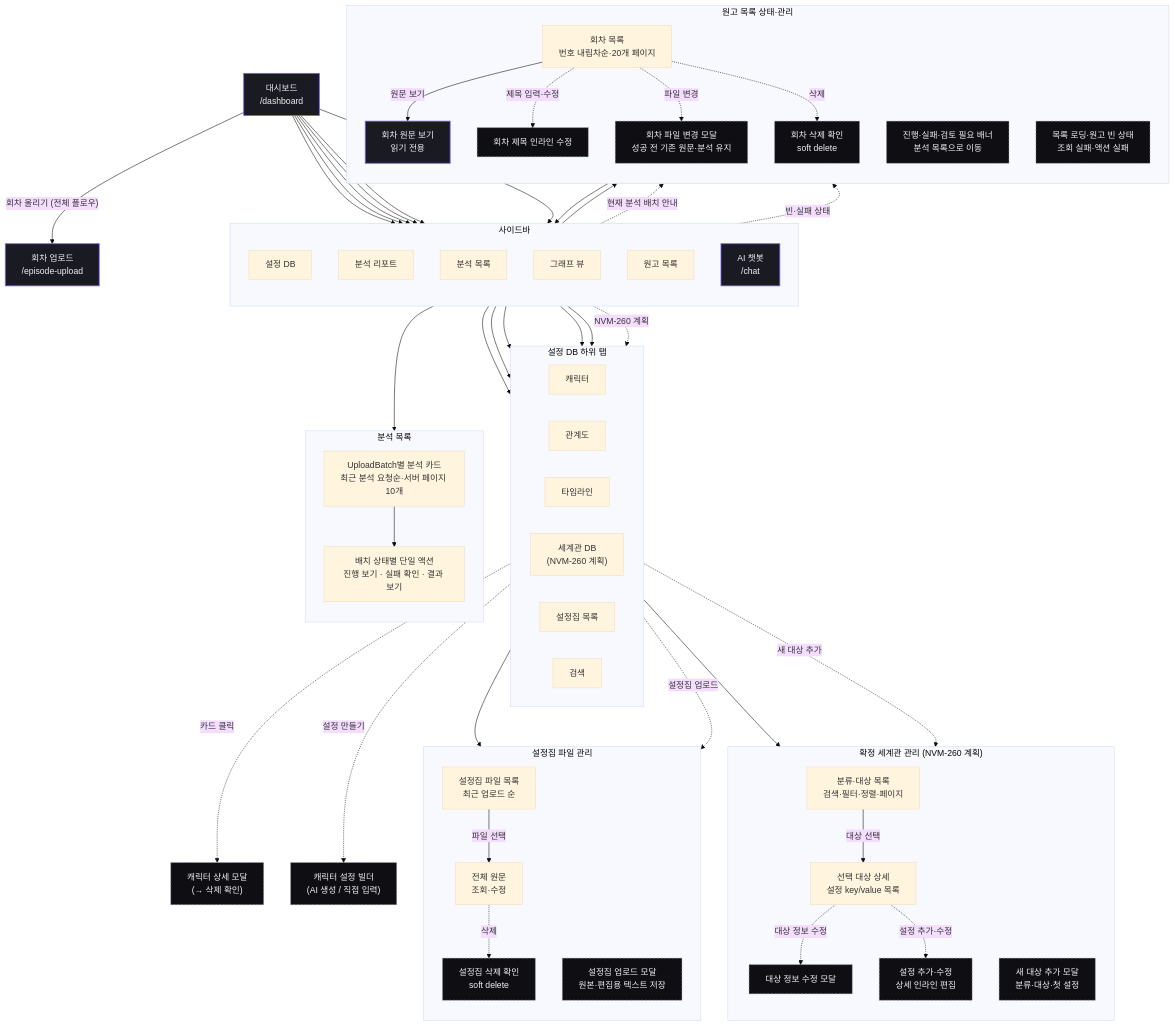
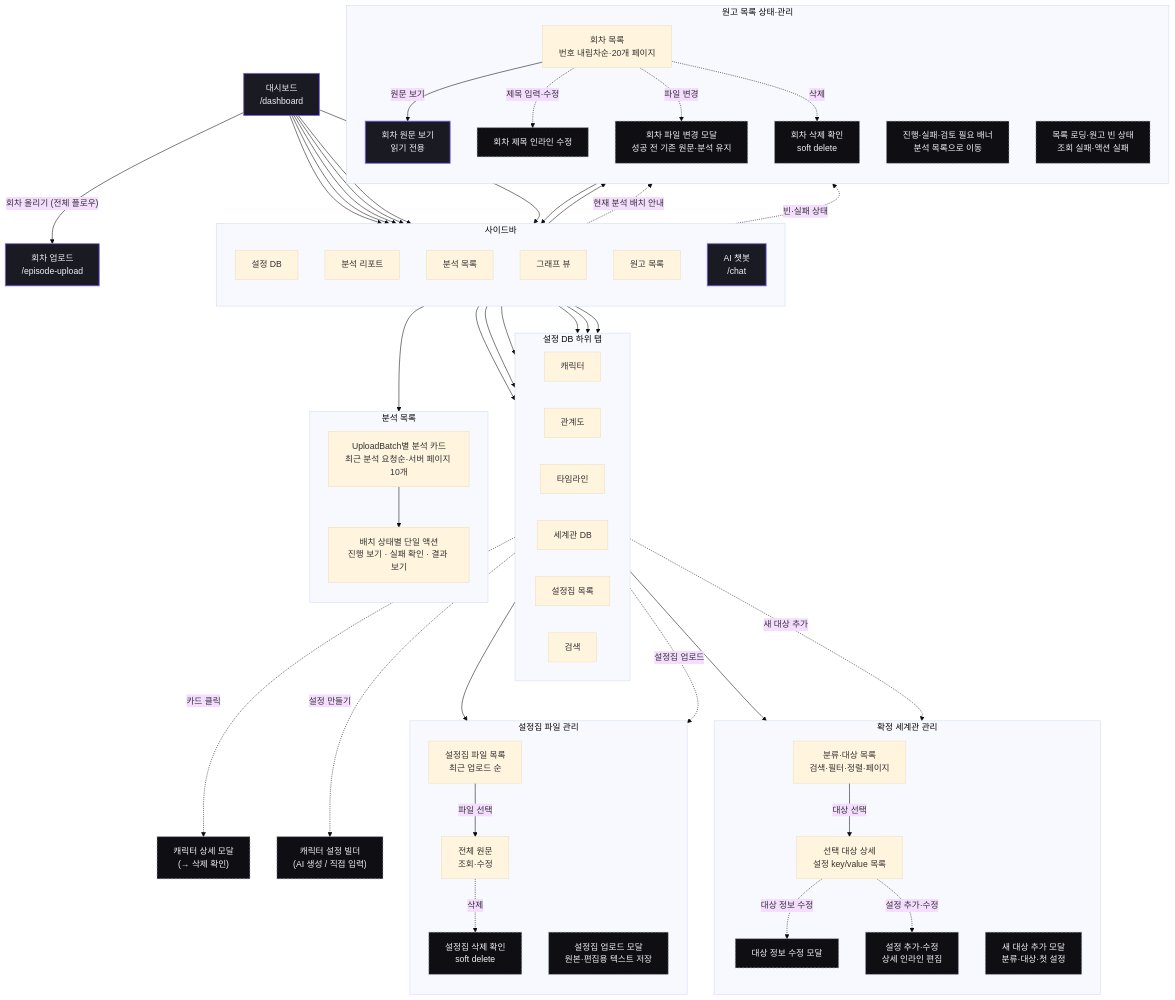
One commit to catchhole-soma/catchhole-front changed the fifth of 7 diagrams in docs/screen-flow.md. Above: the diagram before and after it, drawn with Mermaid (base theme). The commit also changed other lines of this file and 4 other files, not shown here.

First line of the commit message:
docs(world-setting): 세계관 화면 계약을 구현 상태로 갱신

```diff
--- a/docs/screen-flow.md
+++ b/docs/screen-flow.md
@@ -259,12 +259,11 @@
     t_char["캐릭터"]
     t_rel["관계도"]
     t_time["타임라인"]
-    t_worlddb["세계관 DB<br/>(NVM-260 계획)"]
+    t_worlddb["세계관 DB"]
     t_world["설정집 목록"]
     t_search["검색"]
   end
-  nav_settingDB --> t_char & t_rel & t_time & t_world & t_search
-  nav_settingDB -. "NVM-260 계획" .-> t_worlddb
+  nav_settingDB --> t_char & t_worlddb & t_rel & t_time & t_world & t_search
 
   subgraph ANALYSES["분석 목록"]
     direction TB
@@ -277,7 +276,7 @@
   t_char -. "카드 클릭" .-> m_chardetail["캐릭터 상세 모달<br/>(→ 삭제 확인)"]:::modal
   t_char -. "설정 만들기" .-> m_settings["캐릭터 설정 빌더<br/>(AI 생성 / 직접 입력)"]:::modal
 
-  subgraph WORLD_SETTINGS["확정 세계관 관리 (NVM-260 계획)"]
+  subgraph WORLD_SETTINGS["확정 세계관 관리"]
     direction TB
     world_list["분류·대상 목록<br/>검색·필터·정렬·페이지"]
     world_detail["선택 대상 상세<br/>설정 key/value 목록"]
```
